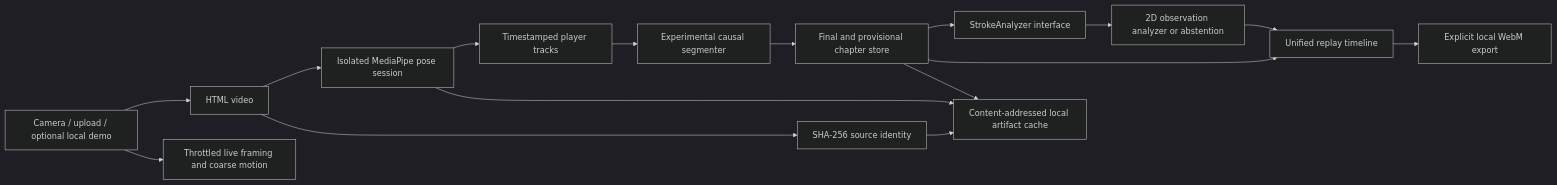
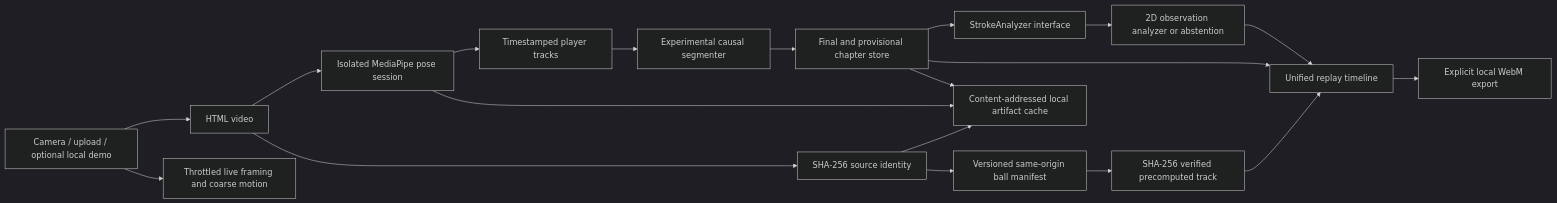
One commit to satyaim/tenniscoach.ai changed the diagram in docs/product-architecture-decisions.md. Above: the diagram before and after it, drawn with Mermaid (dark theme). The commit also changed other lines of this file and 14 other files, not shown here.

Commit message:
Integrate precomputed ball overlay

````diff
--- a/docs/product-architecture-decisions.md
+++ b/docs/product-architecture-decisions.md
@@ -20,18 +24,21 @@
 ```mermaid
 flowchart LR
   A[Camera / upload / optional local demo] --> B[HTML video]
   B --> C[Isolated MediaPipe pose session]
   B --> L[SHA-256 source identity]
   C --> D[Timestamped player tracks]
   D --> E[Experimental causal segmenter]
   E --> F[Final and provisional chapter store]
   F --> G[StrokeAnalyzer interface]
   G --> H[2D observation analyzer or abstention]
   F --> I[Unified replay timeline]
   H --> I
   I --> J[Explicit local WebM export]
   A --> K[Throttled live framing and coarse motion]
   L --> M[Content-addressed local artifact cache]
   C --> M
   F --> M
+  L --> N[Versioned same-origin ball manifest]
+  N --> O[SHA-256 verified precomputed track]
+  O --> I
 ```
````
